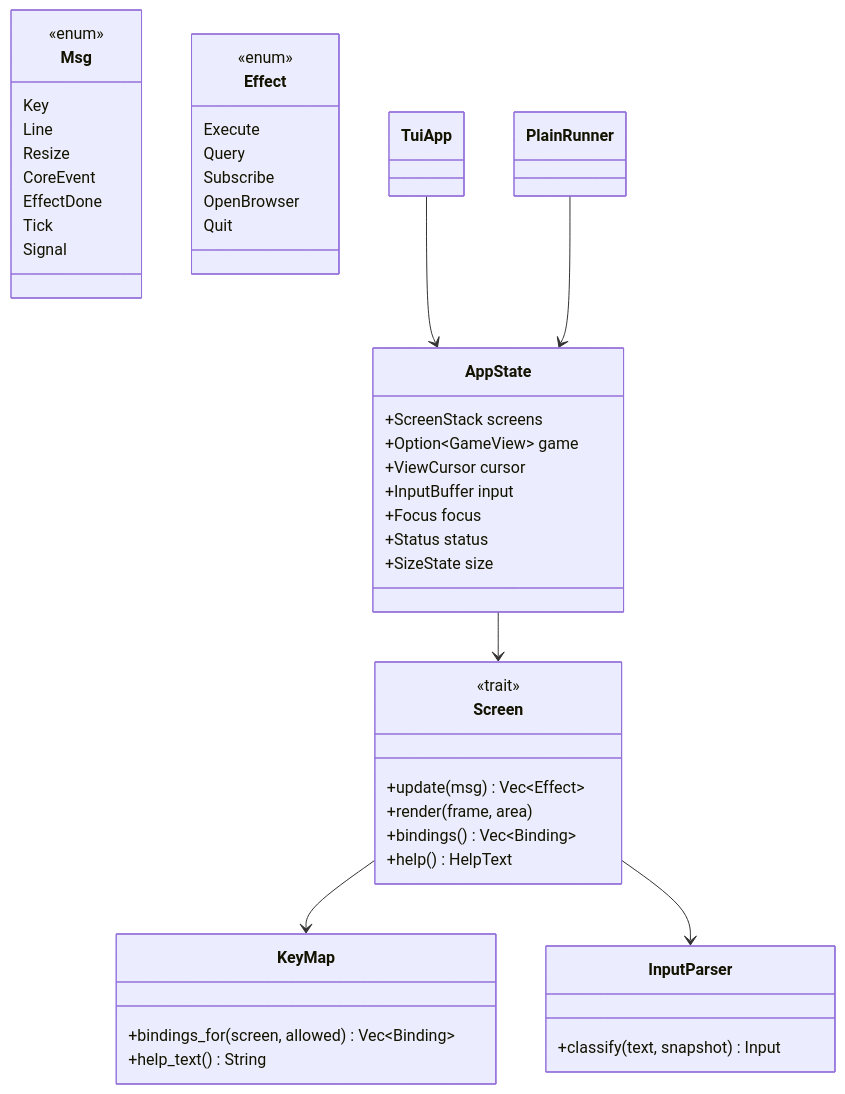
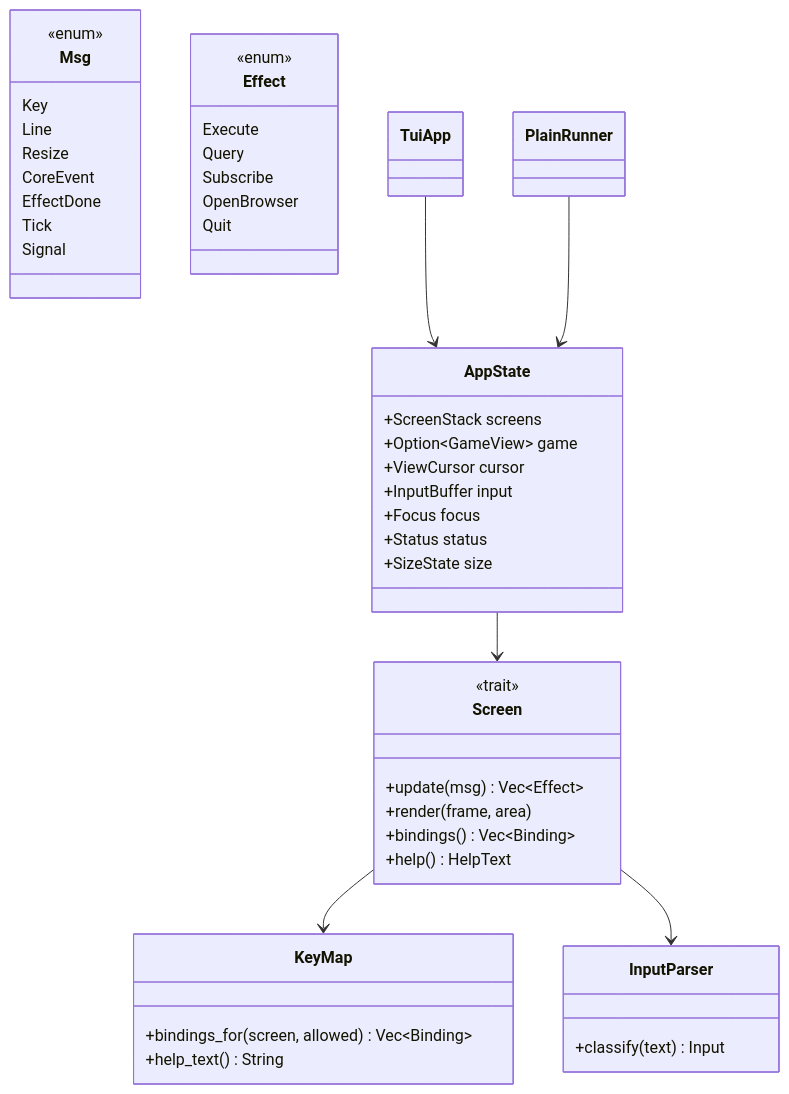
Before and after one commit to bprascher/chess: the third of 7 diagrams in docs/design/SDD-chess-cli.md, drawn with Mermaid. The commit also changed other lines of this file and 17 other files, not shown here.

First line of the commit message:
Apply architecture addendum B and C to the SDDs and add the v0.4 consistency pass

````diff
--- a/docs/design/SDD-chess-cli.md
+++ b/docs/design/SDD-chess-cli.md
@@ -150,51 +153,51 @@
 ```mermaid
 classDiagram
     class AppState {
         +ScreenStack screens
         +Option~GameView~ game
         +ViewCursor cursor
         +InputBuffer input
         +Focus focus
         +Status status
         +SizeState size
     }
     class Msg {
         <<enum>>
         Key
         Line
         Resize
         CoreEvent
         EffectDone
         Tick
         Signal
     }
     class Effect {
         <<enum>>
         Execute
         Query
         Subscribe
         OpenBrowser
         Quit
     }
     class Screen {
         <<trait>>
         +update(msg) Vec~Effect~
         +render(frame, area)
         +bindings() Vec~Binding~
         +help() HelpText
     }
     class KeyMap {
         +bindings_for(screen, allowed) Vec~Binding~
         +help_text() String
     }
     class InputParser {
-        +classify(text, snapshot) Input
+        +classify(text) Input
     }
     class TuiApp
     class PlainRunner
     AppState --> Screen
     TuiApp --> AppState
     PlainRunner --> AppState
     Screen --> KeyMap
     Screen --> InputParser
 ```
````
